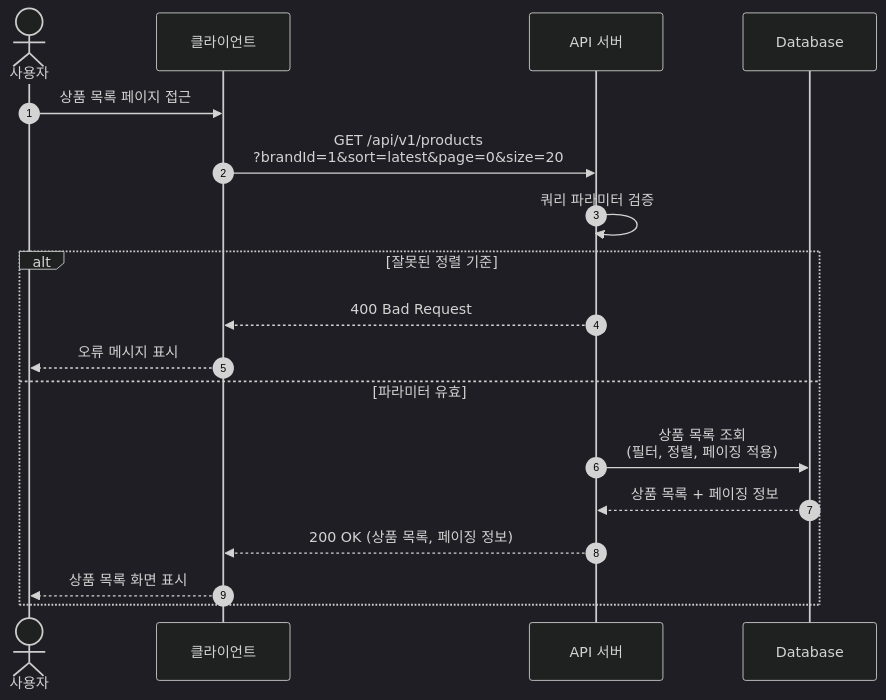
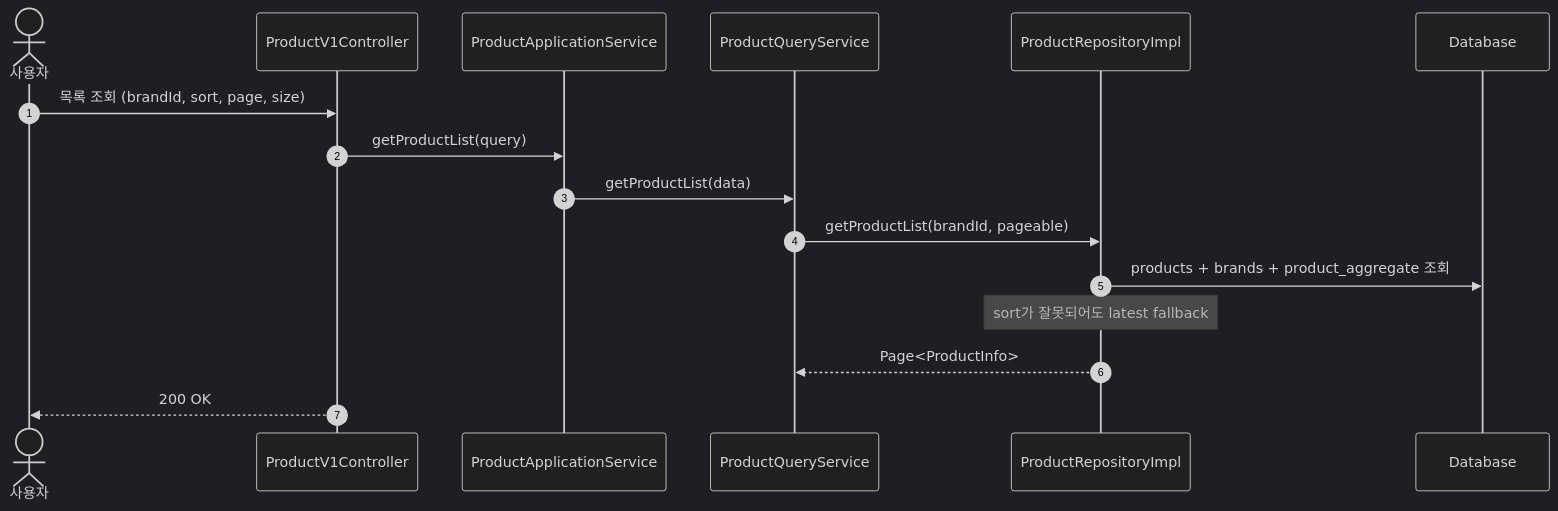
One commit to yht0827/my-commerce changed the fifth of 15 diagrams in docs/02-sequence-diagrams.md. Above: the diagram before and after it, drawn with Mermaid (dark theme). The commit also changed other lines of this file and 258 other files, not shown here.

````diff
--- a/docs/02-sequence-diagrams.md
+++ b/docs/02-sequence-diagrams.md
@@ -186,23 +125,19 @@
 ```mermaid
 sequenceDiagram
     autonumber
     actor User as 사용자
-    participant Client as 클라이언트
-    participant Server as API 서버
+    participant API as ProductV1Controller
+    participant App as ProductApplicationService
+    participant Query as ProductQueryService
+    participant Repo as ProductRepositoryImpl
     participant DB as Database
 
-    User->>Client: 상품 목록 페이지 접근
-    Client->>Server: GET /api/v1/products<br/>?brandId=1&sort=latest&page=0&size=20
-
-    Server->>Server: 쿼리 파라미터 검증
-
-    alt 잘못된 정렬 기준
-        Server-->>Client: 400 Bad Request
-        Client-->>User: 오류 메시지 표시
-    else 파라미터 유효
-        Server->>DB: 상품 목록 조회<br/>(필터, 정렬, 페이징 적용)
-        DB-->>Server: 상품 목록 + 페이징 정보
-        Server-->>Client: 200 OK (상품 목록, 페이징 정보)
-        Client-->>User: 상품 목록 화면 표시
-    end
+    User->>API: 목록 조회 (brandId, sort, page, size)
+    API->>App: getProductList(query)
+    App->>Query: getProductList(data)
+    Query->>Repo: getProductList(brandId, pageable)
+    Repo->>DB: products + brands + product_aggregate 조회
+    Note over Repo: sort가 잘못되어도 latest fallback
+    Repo-->>Query: Page<ProductInfo>
+    API-->>User: 200 OK
 ```
````
